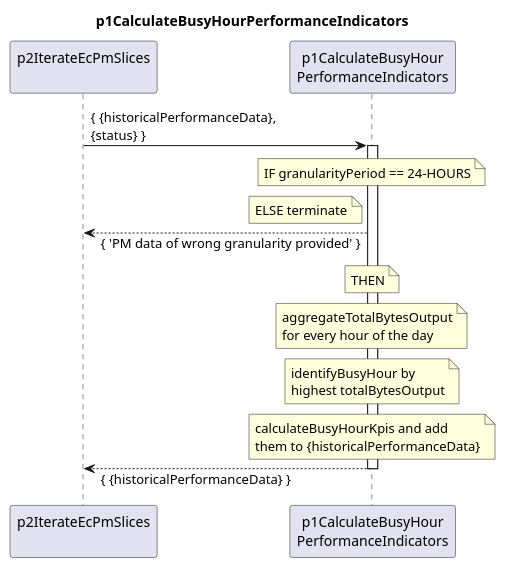
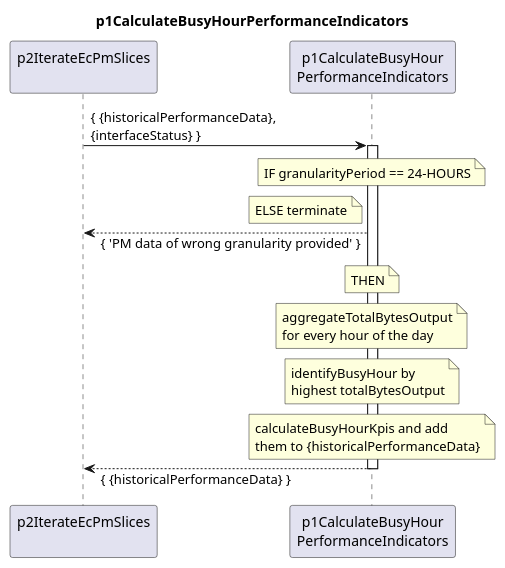
Before and after one commit to openBackhaul/DevicePerformanceManagementDataProcessor: the diagram in spec/Functions/p1StreamPmData/p2ProcessDevice/p2CreateResultCc/p2IterateEcPmSlices/p1CalculateBusyHourPerformanceIndicators/1.0.0/p1CalculateBusyHourPerformanceIndicators.plantuml, drawn with PlantUML. The commit also changed 1 other file, not shown here.

```diff
--- a/spec/Functions/p1StreamPmData/p2ProcessDevice/p2CreateResultCc/p2IterateEcPmSlices/p1CalculateBusyHourPerformanceIndicators/1.0.0/p1CalculateBusyHourPerformanceIndicators.plantuml
+++ b/spec/Functions/p1StreamPmData/p2ProcessDevice/p2CreateResultCc/p2IterateEcPmSlices/p1CalculateBusyHourPerformanceIndicators/1.0.0/p1CalculateBusyHourPerformanceIndicators.plantuml
@@ -1,47 +1,47 @@
 @startuml p1CalculateBusyHourPerformanceIndicators
 skinparam responseMessageBelowArrow true
 
 title
   p1CalculateBusyHourPerformanceIndicators
 end title
 
 participant "p2IterateEcPmSlices\n" as requestor
 participant "p1CalculateBusyHour\nPerformanceIndicators" as calBh
 
-requestor -> calBh : { {historicalPerformanceData},\n{status} }
+requestor -> calBh : { {historicalPerformanceData},\n{interfaceStatus} }
 activate calBh
 
   note over calBh
     IF granularityPeriod == 24-HOURS
   end note
 
   note left calBh
     ELSE terminate
   end note
   requestor <-- calBh : { 'PM data of wrong granularity provided' }
 
   note over calBh
     THEN
   end note
 
   note over calBh
     aggregateTotalBytesOutput
     for every hour of the day
   end note
 
   note over calBh
     identifyBusyHour by
     highest totalBytesOutput
   end note
 
   note over calBh
     calculateBusyHourKpis and add
     them to {historicalPerformanceData}
   end note
 
 requestor <-- calBh : { {historicalPerformanceData} }
 deactivate calBh
 
 deactivate requestor
 
 @enduml
```
